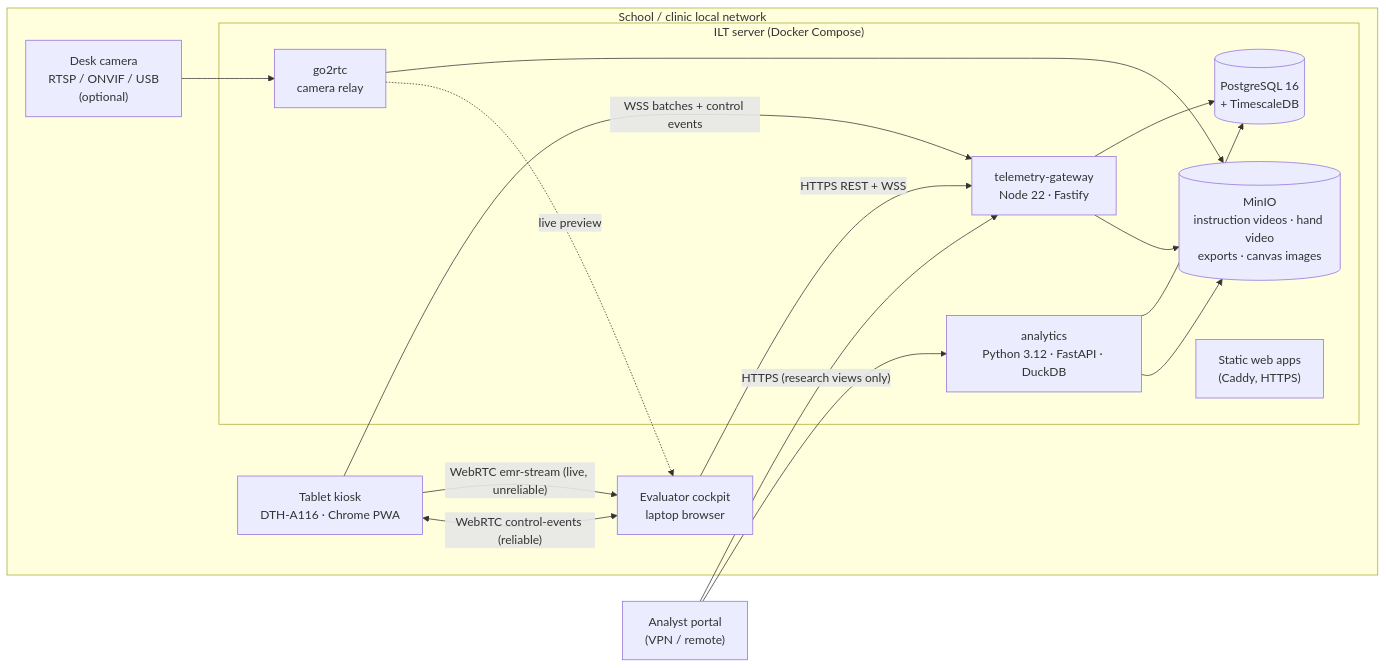
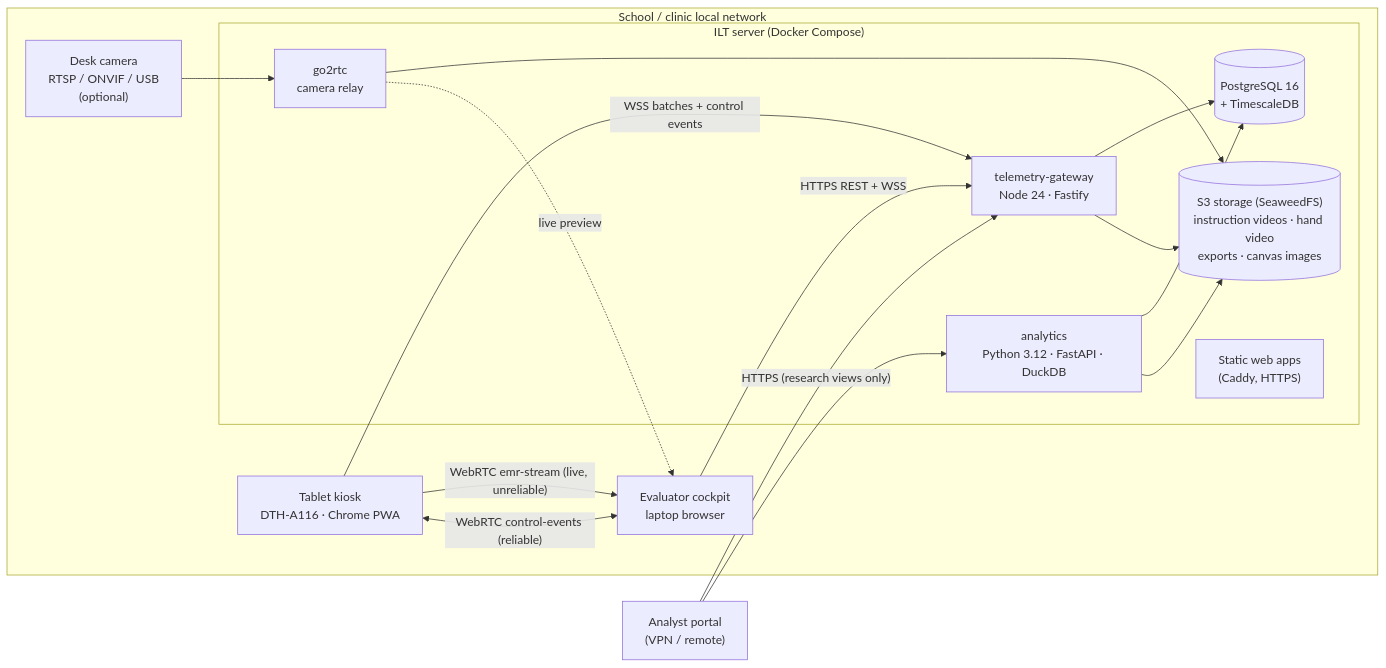
Before and after one commit to yakig1-sketch/ILT_Project_2026: the diagram in Documents/02_System_Architecture/ILT_System_Architecture_and_Specifications_v5.6_EN.md, drawn with Mermaid. The commit also changed other lines of this file and 95 other files, not shown here.

````diff
--- a/Documents/02_System_Architecture/ILT_System_Architecture_and_Specifications_v5.6_EN.md
+++ b/Documents/02_System_Architecture/ILT_System_Architecture_and_Specifications_v5.6_EN.md
@@ -27,30 +27,30 @@
 ```mermaid
 flowchart LR
   subgraph Site["School / clinic local network"]
     T["Tablet kiosk<br/>DTH-A116 · Chrome PWA"]
     C["Evaluator cockpit<br/>laptop browser"]
     CAM["Desk camera<br/>RTSP / ONVIF / USB<br/>(optional)"]
     subgraph S["ILT server (Docker Compose)"]
-      GW["telemetry-gateway<br/>Node 22 · Fastify"]
+      GW["telemetry-gateway<br/>Node 24 · Fastify"]
       AN["analytics<br/>Python 3.12 · FastAPI · DuckDB"]
       DB[("PostgreSQL 16<br/>+ TimescaleDB")]
-      OBJ[("MinIO<br/>instruction videos · hand video<br/>exports · canvas images")]
+      OBJ[("S3 storage (SeaweedFS)<br/>instruction videos · hand video<br/>exports · canvas images")]
       RTC["go2rtc<br/>camera relay"]
       WEB["Static web apps<br/>(Caddy, HTTPS)"]
     end
   end
   AP["Analyst portal<br/>(VPN / remote)"]
 
   T -- "WebRTC emr-stream (live, unreliable)" --> C
   T <-- "WebRTC control-events (reliable)" --> C
   T -- "WSS batches + control events" --> GW
   C -- "HTTPS REST + WSS" --> GW
   GW --> DB
   GW --> OBJ
   AN --> DB
   AN --> OBJ
   CAM --> RTC --> OBJ
   RTC -. "live preview" .-> C
   AP -- "HTTPS (research views only)" --> GW
   AP --> AN
 ```
````
